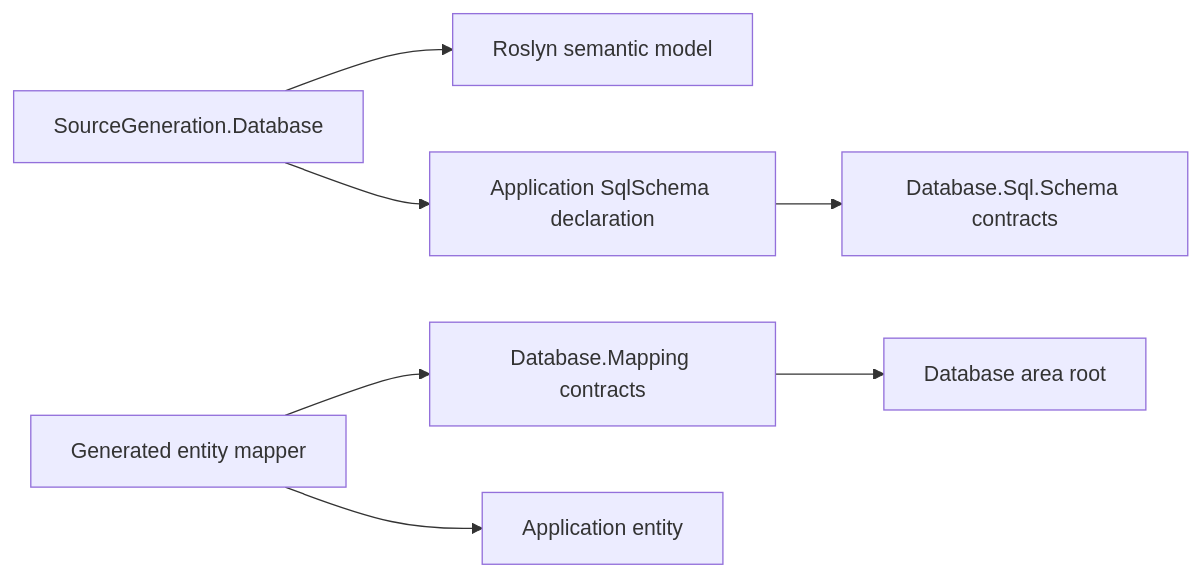
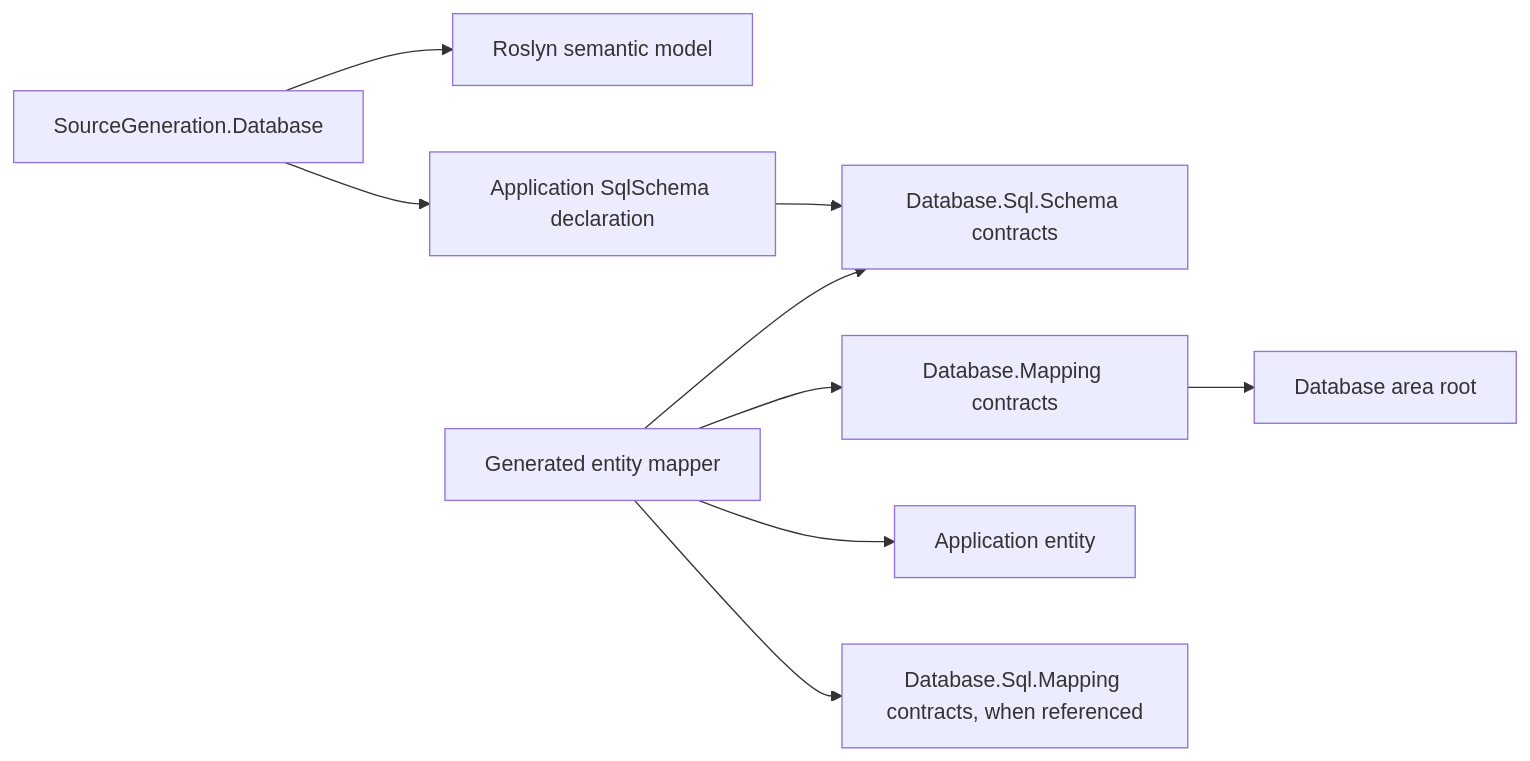
Before and after one commit to assimalign/cohesion: the diagram in analyzers/Assimalign.Cohesion.SourceGeneration.Database/docs/DESIGN.md, drawn with Mermaid. The commit also changed other lines of this file and 80 other files, not shown here.

First line of the commit message:
feat(database): add the relational mapper for the SQL model

````diff
--- a/analyzers/Assimalign.Cohesion.SourceGeneration.Database/docs/DESIGN.md
+++ b/analyzers/Assimalign.Cohesion.SourceGeneration.Database/docs/DESIGN.md
@@ -13,9 +13,11 @@
 ```mermaid
 flowchart LR
     Generator["SourceGeneration.Database"] --> Roslyn["Roslyn semantic model"]
     Generator --> Declaration["Application SqlSchema declaration"]
     Declaration --> Schema["Database.Sql.Schema contracts"]
     Generated["Generated entity mapper"] --> Mapping["Database.Mapping contracts"]
     Generated --> Entity["Application entity"]
+    Generated --> SqlMapping["Database.Sql.Mapping contracts, when referenced"]
+    Generated --> Schema
     Mapping --> Database["Database area root"]
 ```
````
